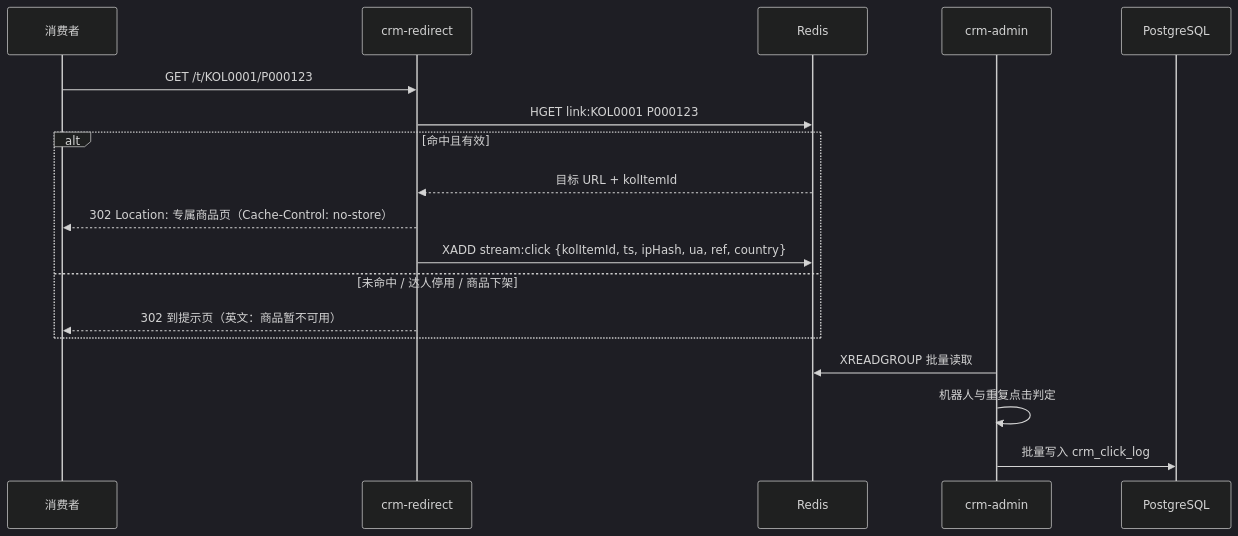
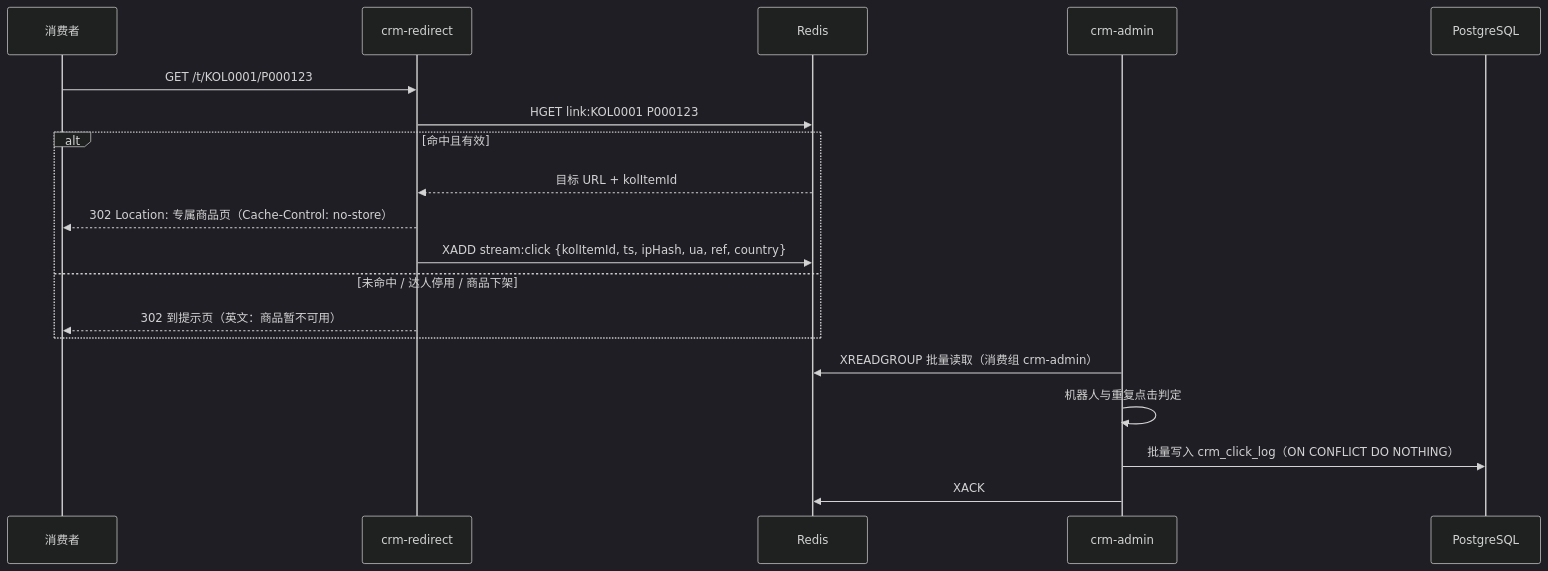
One commit to ksws00684315/t-crm changed the third of 6 diagrams in docs/03-设计/系统详细设计说明书.md. Above: the diagram before and after it, drawn with Mermaid (dark theme). The commit also changed other lines of this file and 2 other files, not shown here.

````diff
--- a/docs/03-设计/系统详细设计说明书.md
+++ b/docs/03-设计/系统详细设计说明书.md
@@ -314,20 +314,21 @@
 ```mermaid
 sequenceDiagram
   participant U as 消费者
   participant R as crm-redirect
   participant RS as Redis
   participant A as crm-admin
   participant DB as PostgreSQL
   U->>R: GET /t/KOL0001/P000123
   R->>RS: HGET link:KOL0001 P000123
   alt 命中且有效
     RS-->>R: 目标 URL + kolItemId
     R-->>U: 302 Location: 专属商品页（Cache-Control: no-store）
     R->>RS: XADD stream:click {kolItemId, ts, ipHash, ua, ref, country}
   else 未命中 / 达人停用 / 商品下架
     R-->>U: 302 到提示页（英文：商品暂不可用）
   end
-  A->>RS: XREADGROUP 批量读取
+  A->>RS: XREADGROUP 批量读取（消费组 crm-admin）
   A->>A: 机器人与重复点击判定
-  A->>DB: 批量写入 crm_click_log
+  A->>DB: 批量写入 crm_click_log（ON CONFLICT DO NOTHING）
+  A->>RS: XACK
 ```
````
